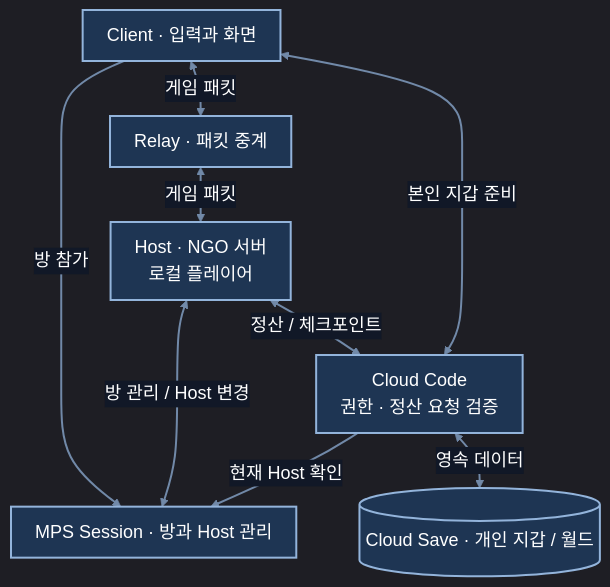
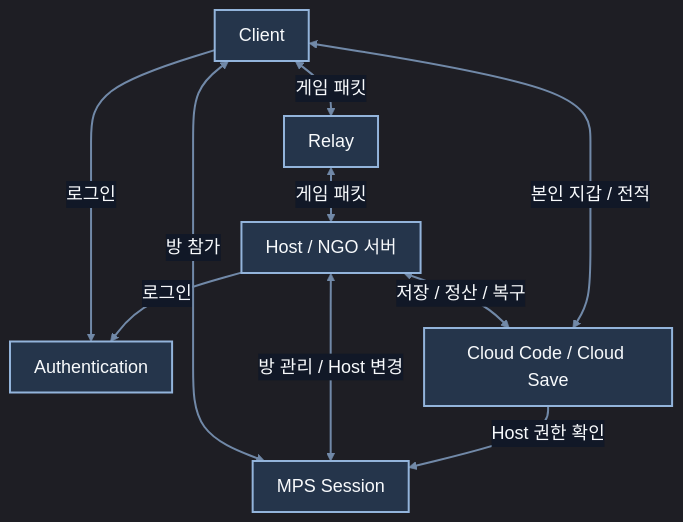
One commit to theholmes2/EchoZone changed the first of 9 diagrams in README.md. Above: the diagram before and after it, drawn with Mermaid. The commit also changed other lines of this file, not shown here.

````diff
--- a/README.md
+++ b/README.md
@@ -45,14 +43,15 @@
 ```mermaid
-%%{init: {"theme":"dark","themeVariables":{"fontSize":"18px","fontFamily":"sans-serif","darkMode":true,"background":"#111827","primaryColor":"#1E3553","primaryTextColor":"#FFFFFF","primaryBorderColor":"#93B4DB","lineColor":"#7189A8","textColor":"#FFFFFF","actorBkg":"#12243A","actorBorder":"#93B4DB","actorTextColor":"#FFFFFF","signalColor":"#FFFFFF","signalTextColor":"#FFFFFF","actorLineColor":"#7189A8","noteBkgColor":"#182A40","noteTextColor":"#FFFFFF","noteBorderColor":"#93B4DB","edgeLabelBackground":"#111827"},"flowchart":{"nodeSpacing":24,"rankSpacing":28,"padding":12,"wrappingWidth":300},"sequence":{"actorMargin":30,"width":120,"height":44,"messageMargin":28,"mirrorActors":false,"wrap":true,"actorFontSize":19,"messageFontSize":18,"noteFontSize":18},"themeCSS":"text, tspan { fill: #FFFFFF !important; } .nodeLabel, .nodeLabel p, .edgeLabel, .edgeLabel p { color: #FFFFFF !important; } .messageText, .noteText { fill: #FFFFFF !important; } .messageLine0, .messageLine1 { stroke: #FFFFFF !important; stroke-width: 2px !important; } .actor-line { stroke: #7189A8 !important; }"}}%%
+%%{init: {"theme":"dark","themeVariables":{"fontSize":"18px","fontFamily":"sans-serif","primaryColor":"#1E3553","primaryTextColor":"#F8FAFC","primaryBorderColor":"#93B4DB","lineColor":"#7189A8","secondaryColor":"#183C30","tertiaryColor":"#49371D","clusterBkg":"#1E3553","clusterBorder":"#93B4DB","actorBkg":"#1E3553","actorBorder":"#93B4DB","actorTextColor":"#F8FAFC","signalColor":"#F8FAFC","signalTextColor":"#F8FAFC","labelBoxBkgColor":"#49371D","labelBoxBorderColor":"#D9B66F","labelTextColor":"#F8FAFC","loopTextColor":"#F8FAFC","noteBkgColor":"#25354B","noteTextColor":"#F8FAFC","noteBorderColor":"#93B4DB","textColor":"#F8FAFC","titleColor":"#F8FAFC","secondaryTextColor":"#F8FAFC","tertiaryTextColor":"#F8FAFC","edgeLabelBackground":"#111827","nodeTextColor":"#F8FAFC","actorLineColor":"#CBD5E1","activationBorderColor":"#CBD5E1","activationBkgColor":"#25354B","darkMode":true,"background":"#111827"},"flowchart":{"nodeSpacing":22,"rankSpacing":28,"padding":12},"sequence":{"actorMargin":24,"width":110,"height":44,"diagramMarginX":8,"diagramMarginY":12,"messageMargin":28,"mirrorActors":false,"wrap":true,"actorFontSize":18,"messageFontSize":18,"noteFontSize":17},"darkMode":true,"themeCSS":"text, tspan { fill: #F8FAFC !important; } .nodeLabel, .nodeLabel p, .nodeLabel span, .edgeLabel, .edgeLabel p, .cluster-label, .cluster-label p { color: #F8FAFC !important; } .messageText, .noteText, .labelText, .loopText { fill: #F8FAFC !important; color: #F8FAFC !important; } .messageLine0, .messageLine1, .actor-line { stroke: #E2E8F0 !important; }"}}%%
 flowchart TD
-    C["Client · 입력과 화면"] <-->|게임 패킷| R["Relay · 패킷 중계"]
-    R <-->|게임 패킷| H["Host · NGO 서버<br/>로컬 플레이어"]
-    C -->|방 참가| S["MPS Session · 방과 Host 관리"]
+    C["Client"] <-->|게임 패킷| R["Relay"]
+    R <-->|게임 패킷| H["Host / NGO 서버"]
+    C -->|로그인| A["Authentication"]
+    H -->|로그인| A
+    C <-->|방 참가| S["MPS Session"]
     H <-->|방 관리 / Host 변경| S
-    H <-->|정산 / 체크포인트| CC["Cloud Code<br/>권한 · 정산 요청 검증"]
-    CC <-->|영속 데이터| CS[("Cloud Save · 개인 지갑 / 월드")]
-    C <-->|본인 지갑 준비| CC
-    CC -->|현재 Host 확인| S
-    classDef default fill:#1E3553,stroke:#93B4DB,stroke-width:2px,color:#FFFFFF
-    linkStyle default stroke:#7189A8,stroke-width:2px,color:#FFFFFF
+    H <-->|저장 / 정산 / 복구| Cloud["Cloud Code / Cloud Save"]
+    C <-->|본인 지갑 / 전적| Cloud
+    Cloud -->|Host 권한 확인| S
+    classDef default fill:#25354B,stroke:#93B4DB,stroke-width:2px,color:#F8FAFC
+    linkStyle default stroke:#7189A8,stroke-width:2px,color:#F8FAFC
 ```
````
